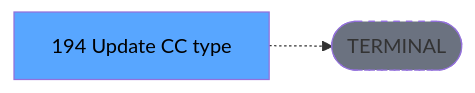
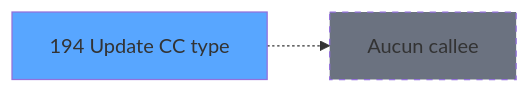
Before and after one commit to thonyAGP/magic-migration: the third of 3 diagrams in .openspec/specs/ADH-IDE-194.md, drawn with Mermaid. The commit also changed other lines of this file and 493 other files, not shown here.

````diff
--- a/.openspec/specs/ADH-IDE-194.md
+++ b/.openspec/specs/ADH-IDE-194.md
@@ -140,8 +190,8 @@
 ```mermaid
 graph LR
-    T[194 Update CC type]
-    TERM([TERMINAL])
-    T -.-> TERM
-    style TERM fill:#6b7280,stroke-dasharray: 5 5
-    style T fill:#58a6ff,color:#000
+    T194[194 Update CC type]
+    style T194 fill:#58a6ff
+    NONE[Aucun callee]
+    T194 -.-> NONE
+    style NONE fill:#6b7280,stroke-dasharray: 5 5
 ```
````
